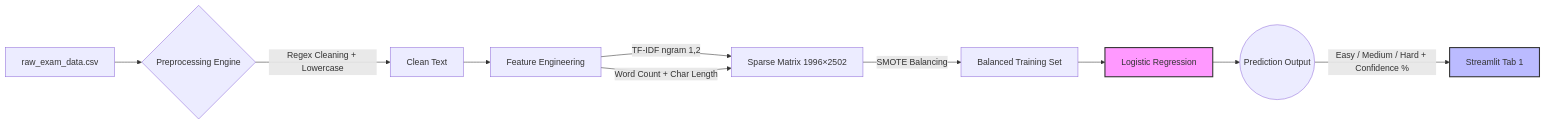
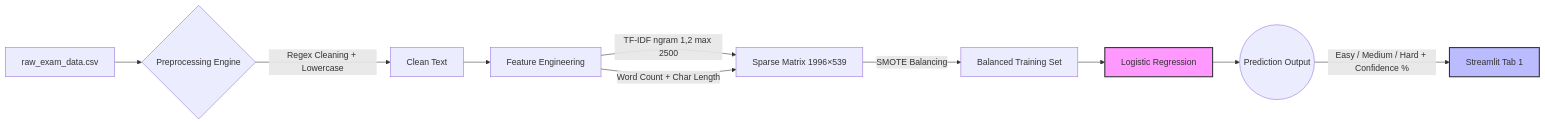
The first of 2 diagrams in README.md (IAmNishantSingh/Intelligent-Exam-Question-Level-Analysis), drawn with Mermaid before and after one commit. The commit also changed other lines of this file and 2 other files, not shown here.

````diff
--- a/README.md
+++ b/README.md
@@ -87,14 +90,14 @@
 ```mermaid
 graph LR
     A[raw_exam_data.csv] --> B{Preprocessing Engine}
     B -->|Regex Cleaning + Lowercase| C[Clean Text]
     C --> D[Feature Engineering]
-    D -->|TF-IDF ngram 1,2| E[Sparse Matrix 1996×2502]
+    D -->|TF-IDF ngram 1,2 max 2500| E[Sparse Matrix 1996×539]
     D -->|Word Count + Char Length| E
     E -->|SMOTE Balancing| F[Balanced Training Set]
     F --> G[Logistic Regression]
     G --> H((Prediction Output))
     H -->|Easy / Medium / Hard + Confidence %| I[Streamlit Tab 1]
     style G fill:#f9f,stroke:#333,stroke-width:2px
     style I fill:#bbf,stroke:#333,stroke-width:2px
 ```
````
